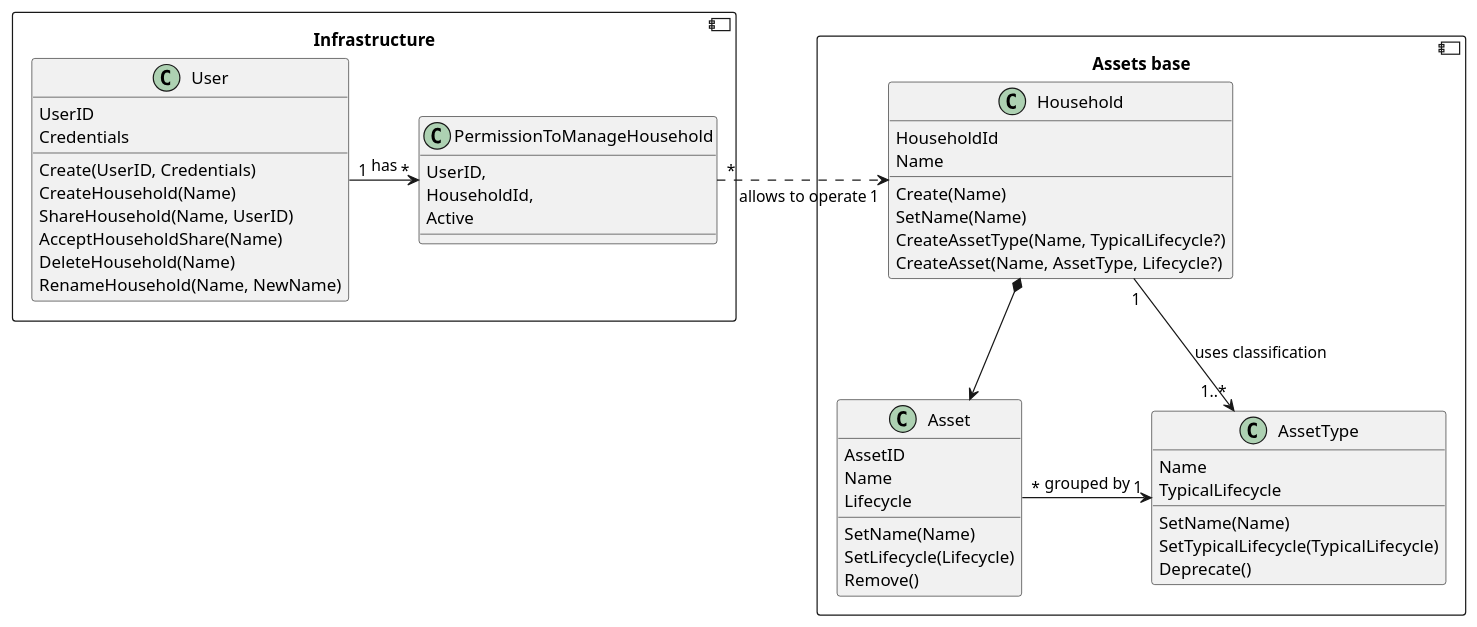
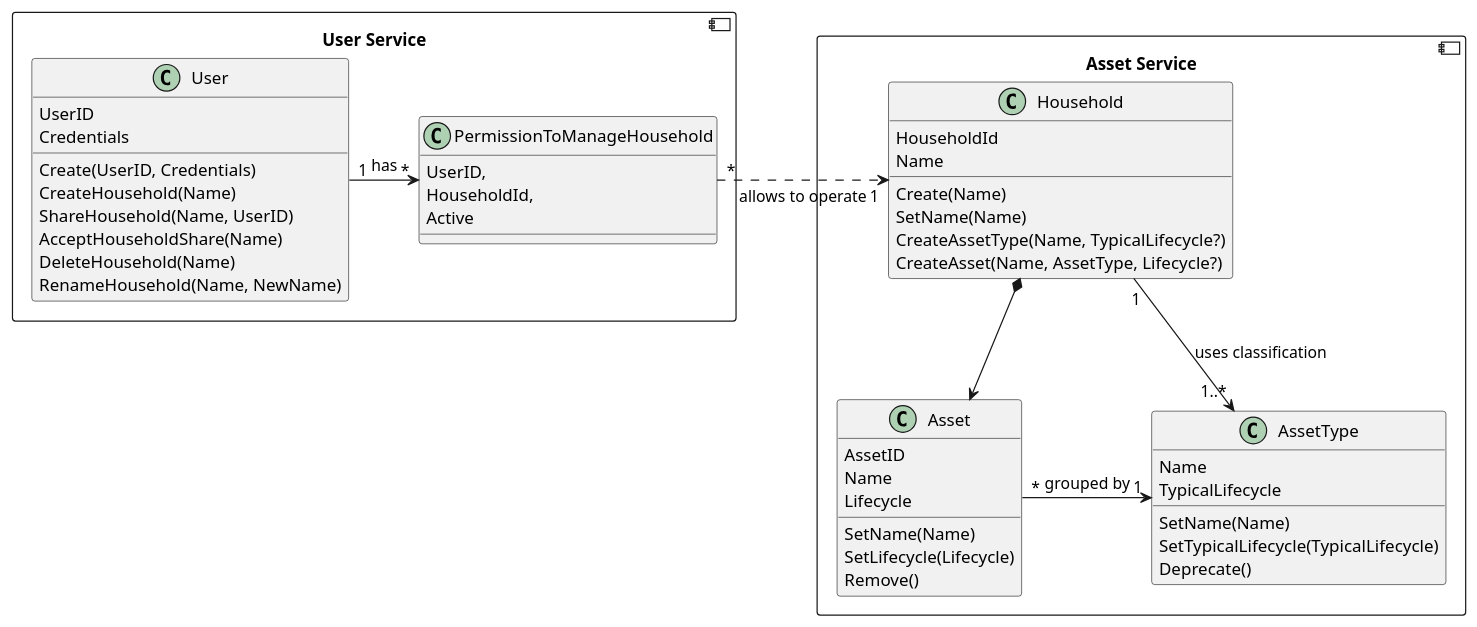
The diagram in docs/domain.puml (AVEducationalProjects/PAM), drawn with PlantUML before and after one commit. The commit also changed 91 other files, not shown here.

```diff
--- a/docs/domain.puml
+++ b/docs/domain.puml
@@ -1,67 +1,67 @@
 @startuml Domain model
 
-component Infrastructure{
+component "User Service"{
 
     class User {
         UserID
         Credentials
 
         Create(UserID, Credentials)
         CreateHousehold(Name)
         ShareHousehold(Name, UserID)
         AcceptHouseholdShare(Name)
         DeleteHousehold(Name)
         RenameHousehold(Name, NewName)
     }
 
     class PermissionToManageHousehold{
         UserID,
         HouseholdId,
         Active
     }
 
     User "1"->"*" PermissionToManageHousehold : has
 
 }
 
-component "Assets base" as AssetBase{
+component "Asset Service" as AssetBase{
 
     class Household{
         HouseholdId
         Name
 
         Create(Name)
         SetName(Name)
         CreateAssetType(Name, TypicalLifecycle?)
         CreateAsset(Name, AssetType, Lifecycle?)
     }
 
     class AssetType{
         Name
         TypicalLifecycle
 
         SetName(Name)
         SetTypicalLifecycle(TypicalLifecycle)
         Deprecate()
     }
 
 
     class Asset{
         AssetID
         Name
         Lifecycle
 
         SetName(Name)
         SetLifecycle(Lifecycle)
         Remove()
     }
 
     Household "1"==>"1..*" AssetType: uses classification
     Household *--> Asset
     Asset "*" -> "1" AssetType : grouped by
 }
 
 
 Household "1" <.left. "*" PermissionToManageHousehold : allows to operate
 
 @enduml
```
